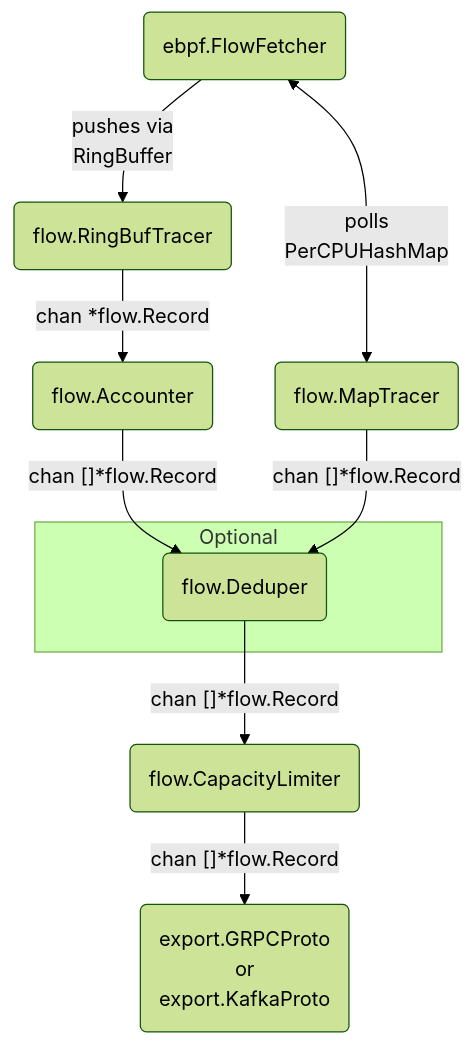
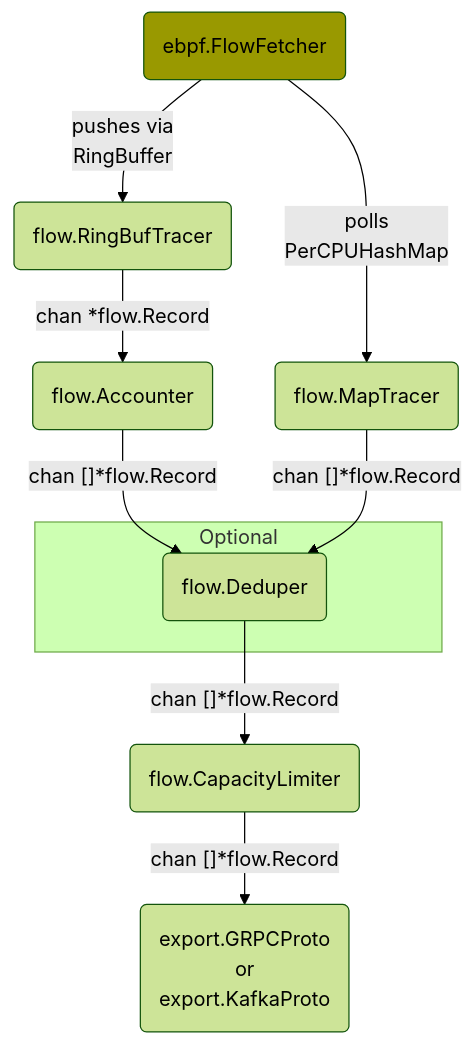
Before and after one commit to netobserv/netobserv-ebpf-agent: the diagram in docs/architecture.md, drawn with Mermaid (forest theme). The commit also changed 14 other files, not shown here.

Commit message:
NETOBSERV-619: mark duplicate flows

````diff
--- a/docs/architecture.md
+++ b/docs/architecture.md
@@ -10,17 +10,18 @@
 ```mermaid
 flowchart TD
+    E(ebpf.FlowFetcher) --> |"pushes via<br/>RingBuffer"| RB(flow.RingBufTracer)
+    style E fill:#990
 
-    E(ebpf.FlowFetcher) --> |"pushes via<br/>RingBuffer"| RB(flow.RingBufTracer)
-    E <--> |"polls<br/>PerCPUHashMap"| M(flow.MapTracer)
+    E --> |"polls<br/>PerCPUHashMap"| M(flow.MapTracer)
     RB --> |chan *flow.Record| ACC(flow.Accounter)
     ACC --> |"chan []*flow.Record"| DD(flow.Deduper)
     M --> |"chan []*flow.Record"| DD
 
     subgraph Optional
         DD
     end
 
     DD --> |"chan []*flow.Record"| CL(flow.CapacityLimiter)
 
     CL --> |"chan []*flow.Record"| EX("export.GRPCProto<br/>or<br/>export.KafkaProto")
 ```
````
